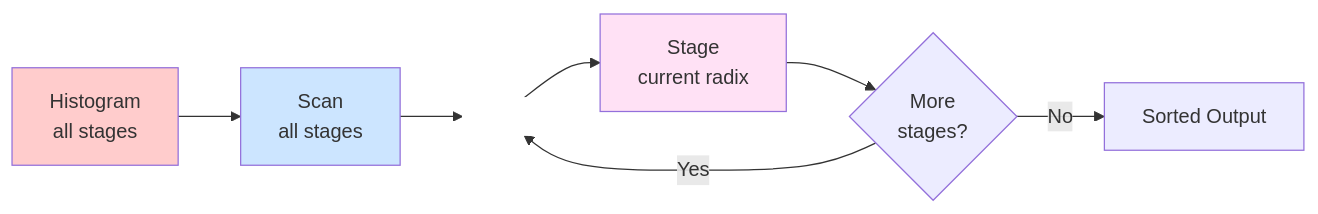
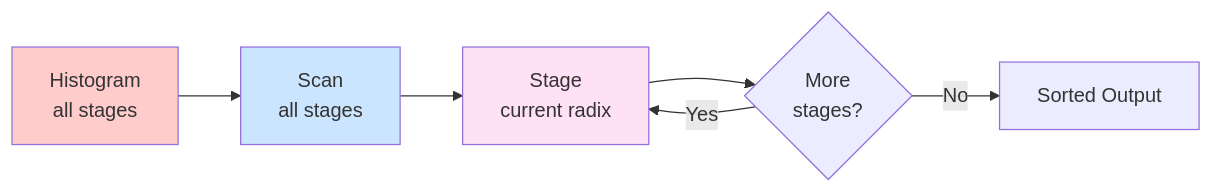
One commit to uxlfoundation/oneDPL changed the second of 3 diagrams in rfcs/experimental/radix_sort_esimd_sycl.md. Above: the diagram before and after it, drawn with Mermaid. The commit also changed other lines of this file, not shown here.

````diff
--- a/rfcs/experimental/radix_sort_esimd_sycl.md
+++ b/rfcs/experimental/radix_sort_esimd_sycl.md
@@ -64,14 +60,12 @@
 ```mermaid
 graph LR
     A[Histogram<br/>all stages] --> B[Scan<br/>all stages]
-    B --> Start[ ]
-    Start --> C[Stage<br/>current radix]
+    B --> C[Stage<br/>current radix]
     C --> D{More<br/>stages?}
-    D -->|Yes| Start
+    D -->|Yes| C
     D -->|No| E[Sorted Output]
 
     style A fill:#ffcccc
     style B fill:#cce5ff
-    style Start fill:#ffffff,stroke:#ffffff
     style C fill:#ffe1f5
 ```
````
